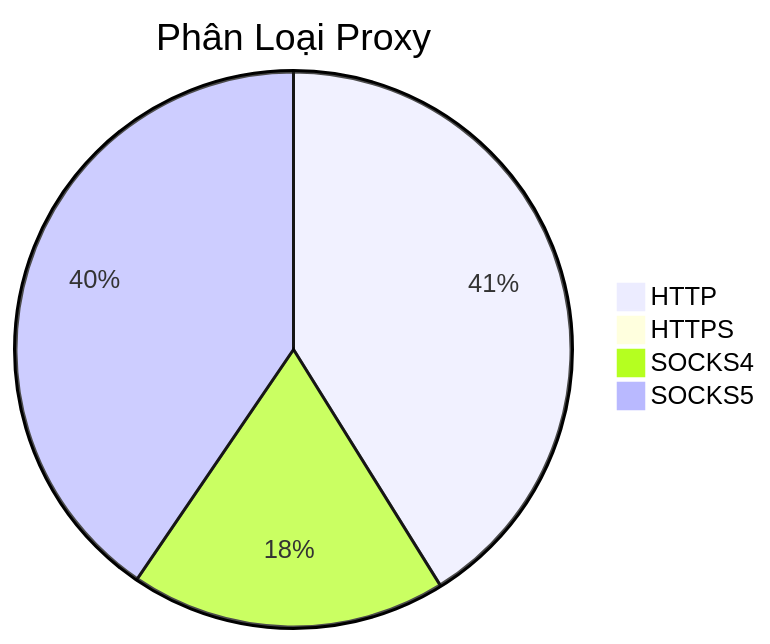
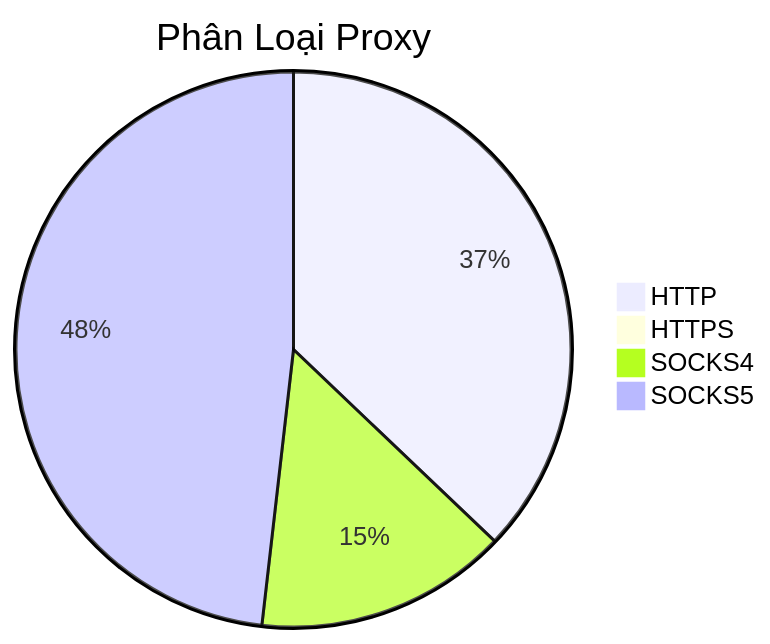
Before and after one commit to Ciara-Aa/PROXY-free: the diagram in README.md, drawn with Mermaid. The commit also changed other lines of this file and 4 other files, not shown here.

````diff
--- a/README.md
+++ b/README.md
@@ -26,7 +26,7 @@
 ```mermaid
 pie title Phân Loại Proxy
-    "HTTP" : 685
-    "HTTPS" : 4
-    "SOCKS4" : 306
-    "SOCKS5" : 674
+    "HTTP" : 929
+    "HTTPS" : 3
+    "SOCKS4" : 368
+    "SOCKS5" : 1206
 ```
````
